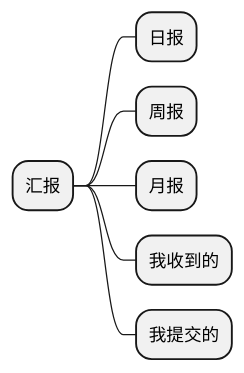
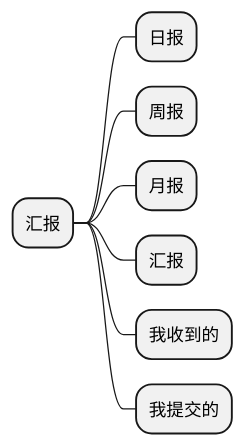
The diagram in ibizpms-docs/src/main/doc/v1/app/mob/reportNew.md (zj335841911/nt_chandao), drawn with PlantUML before and after one commit. The commit also changed other lines of this file and 5 other files, not shown here.

```diff
--- a/ibizpms-docs/src/main/doc/v1/app/mob/reportNew.md
+++ b/ibizpms-docs/src/main/doc/v1/app/mob/reportNew.md
@@ -5,10 +5,11 @@
 {% plantuml %}
 @startmindmap
 * 汇报
 ** 日报
 ** 周报
 ** 月报
+** 汇报
 ** 我收到的
 ** 我提交的
 @endmindmap
 {% endplantuml %}
```
